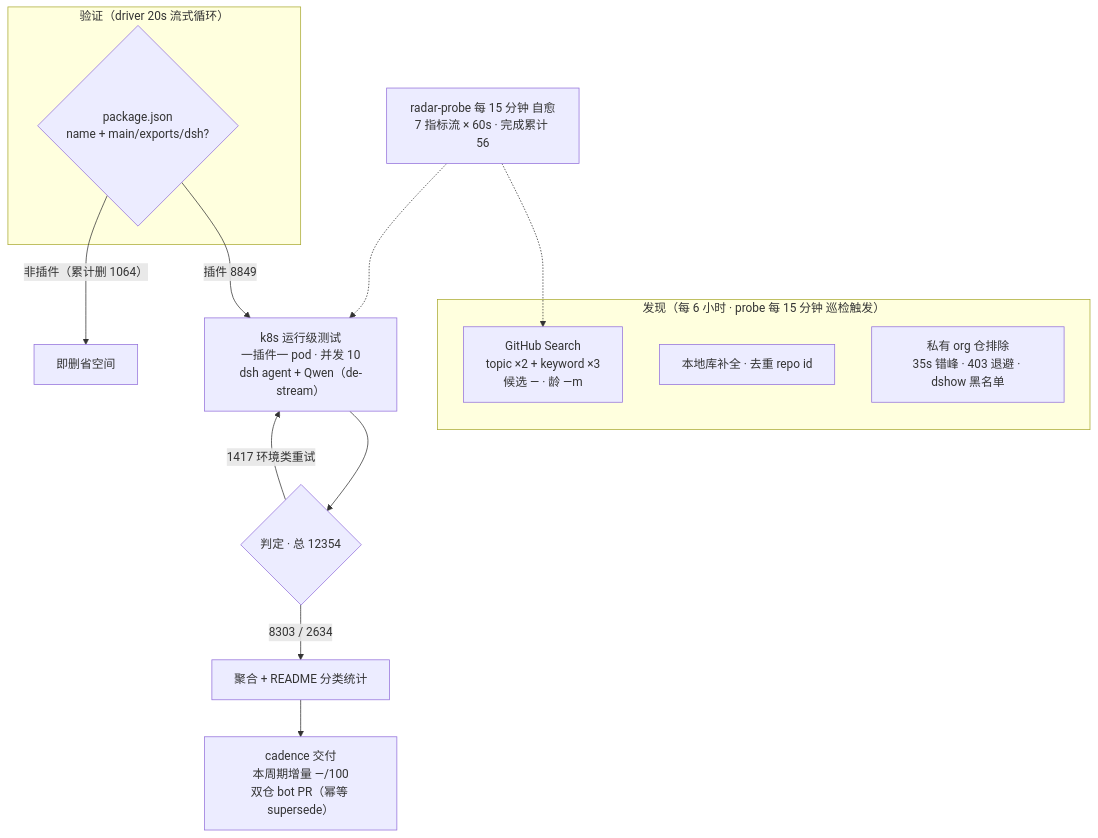
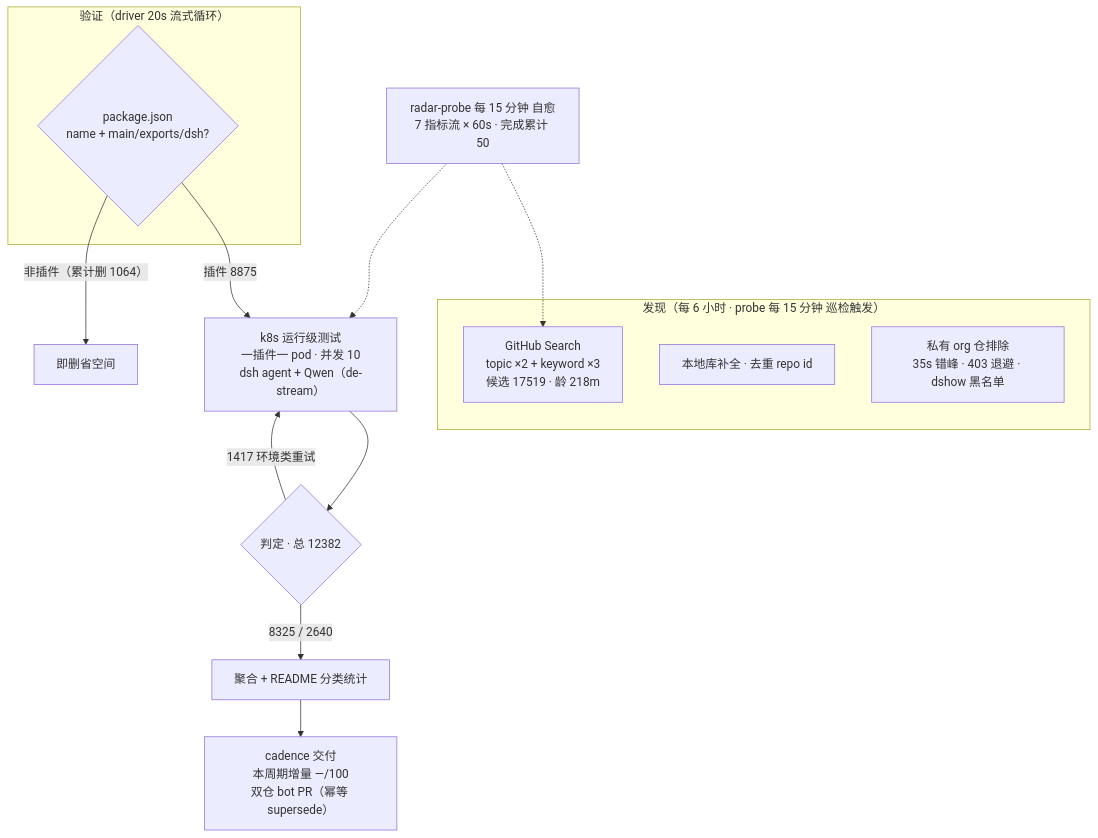
One commit to Zhidao-Lab-OSS/awesome-dsh-plugins changed the diagram in README.md. Above: the diagram before and after it, drawn with Mermaid. The commit also changed other lines of this file and 1 other file, not shown here.

````diff
--- a/README.md
+++ b/README.md
@@ -52,20 +52,20 @@
 ```mermaid
 flowchart TB
     subgraph Discovery["发现（每 6 小时 · probe 每 15 分钟 巡检触发）"]
-        A1["GitHub Search<br/>topic ×2 + keyword ×3<br/>候选 — · 龄 —m"]
+        A1["GitHub Search<br/>topic ×2 + keyword ×3<br/>候选 17519 · 龄 218m"]
         A2["本地库补全 · 去重 repo id"]
         A3["私有 org 仓排除<br/>35s 错峰 · 403 退避 · dshow 黑名单"]
     end
     subgraph Validation["验证（driver 20s 流式循环）"]
         B1{"package.json<br/>name + main/exports/dsh?"}
     end
-    B1 -->|"插件 8849"| C1["k8s 运行级测试<br/>一插件一 pod · 并发 10<br/>dsh agent + Qwen（de-stream）"]
+    B1 -->|"插件 8875"| C1["k8s 运行级测试<br/>一插件一 pod · 并发 10<br/>dsh agent + Qwen（de-stream）"]
     B1 -->|"非插件（累计删 1064）"| B3["即删省空间"]
-    C1 --> D1{"判定 · 总 12354"}
-    D1 -->|"8303 / 2634"| E1["聚合 + README 分类统计"]
+    C1 --> D1{"判定 · 总 12382"}
+    D1 -->|"8325 / 2640"| E1["聚合 + README 分类统计"]
     D1 -->|"1417 环境类重试"| C1
     E1 --> E2["cadence 交付<br/>本周期增量 —/100<br/>双仓 bot PR（幂等 supersede）"]
-    M["radar-probe 每 15 分钟 自愈<br/>7 指标流 × 60s · 完成累计 56"]
+    M["radar-probe 每 15 分钟 自愈<br/>7 指标流 × 60s · 完成累计 50"]
     M -.-> A1
     M -.-> C1
 ```
````
